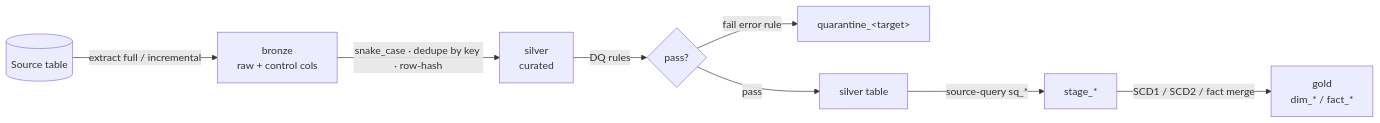
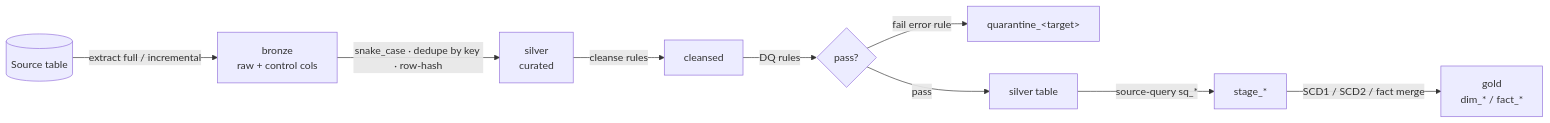
The second of 8 diagrams in control_plane/docs/WORKING_GUIDE.md (ShuoXu-bcpensionAOT/bcpensionshackathon), drawn with Mermaid before and after one commit. The commit also changed other lines of this file and 13 other files, not shown here.

````diff
--- a/control_plane/docs/WORKING_GUIDE.md
+++ b/control_plane/docs/WORKING_GUIDE.md
@@ -80,10 +80,11 @@
 ```mermaid
 flowchart LR
   SRC[(Source table)] -->|extract full / incremental| BR[bronze<br/>raw + control cols]
   BR -->|snake_case · dedupe by key · row-hash| SV[silver<br/>curated]
-  SV -->|DQ rules| Q{pass?}
+  SV -->|cleanse rules| CL[cleansed]
+  CL -->|DQ rules| Q{pass?}
   Q -- fail error rule --> QT[quarantine_&lt;target&gt;]
   Q -- pass --> SVT[silver table]
   SVT -->|source-query sq_*| ST[stage_*]
   ST -->|SCD1 / SCD2 / fact merge| GD[gold<br/>dim_* / fact_*]
 ```
````
